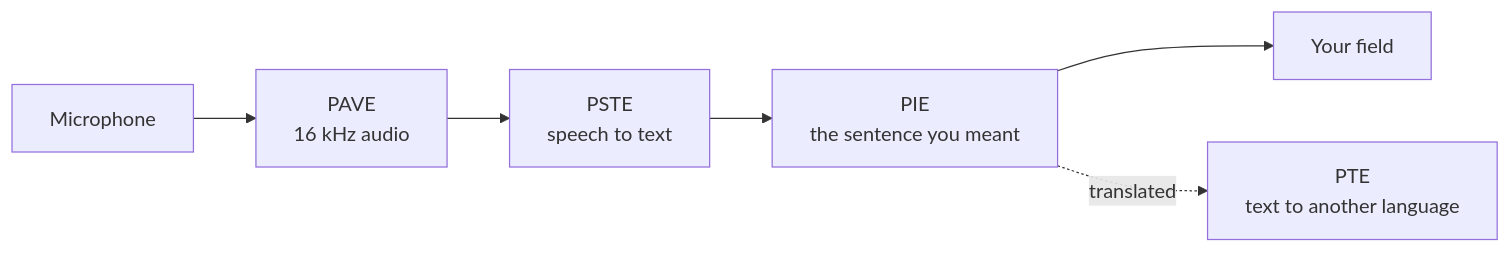
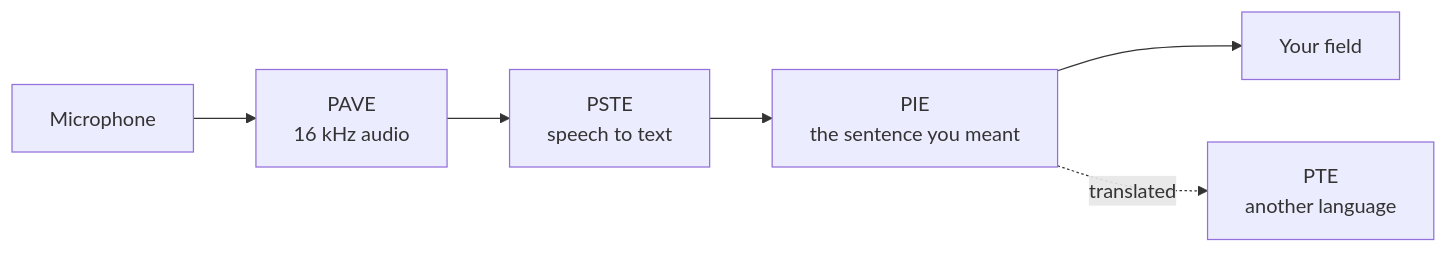
Before and after one commit to PedroNascimento09/Parlo: the diagram in README.md, drawn with Mermaid. The commit also changed other lines of this file and 5 other files, not shown here.

````diff
--- a/README.md
+++ b/README.md
@@ -96,8 +100,8 @@
 ```mermaid
 flowchart LR
     M[Microphone] --> A[PAVE<br/>16 kHz audio]
     A --> S[PSTE<br/>speech to text]
     S --> I[PIE<br/>the sentence you meant]
     I --> F[Your field]
-    I -.->|translated| T[PTE<br/>text to another language]
+    I -.->|translated| T[PTE<br/>another language]
 ```
````
